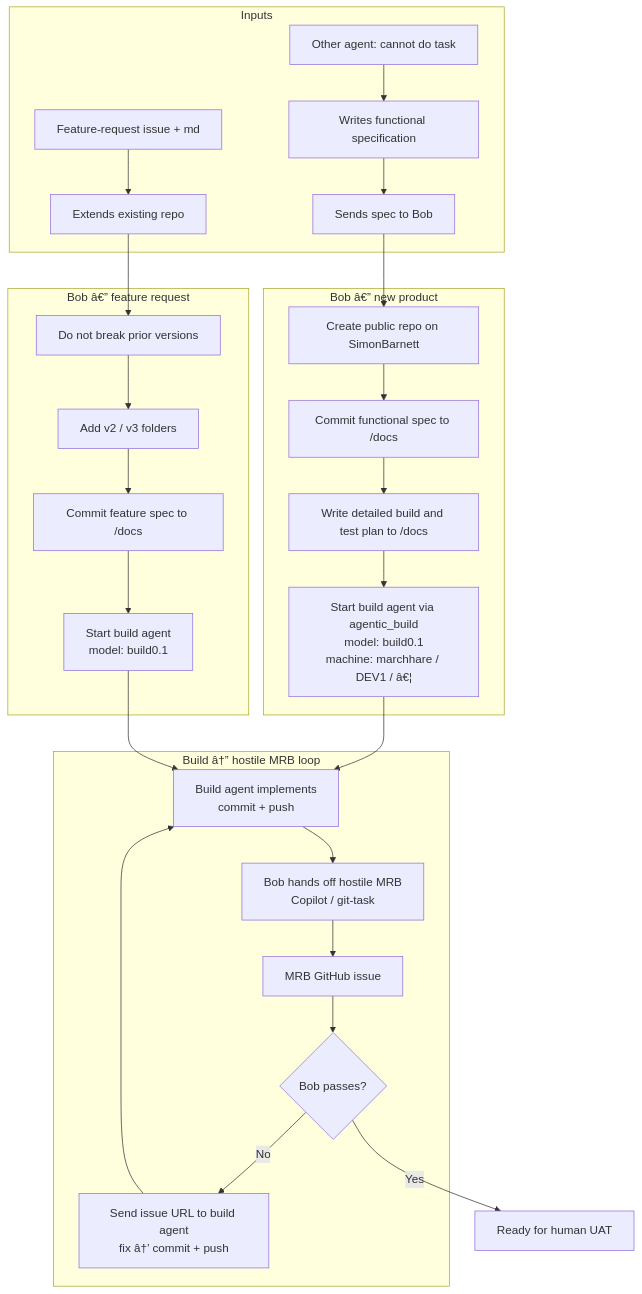
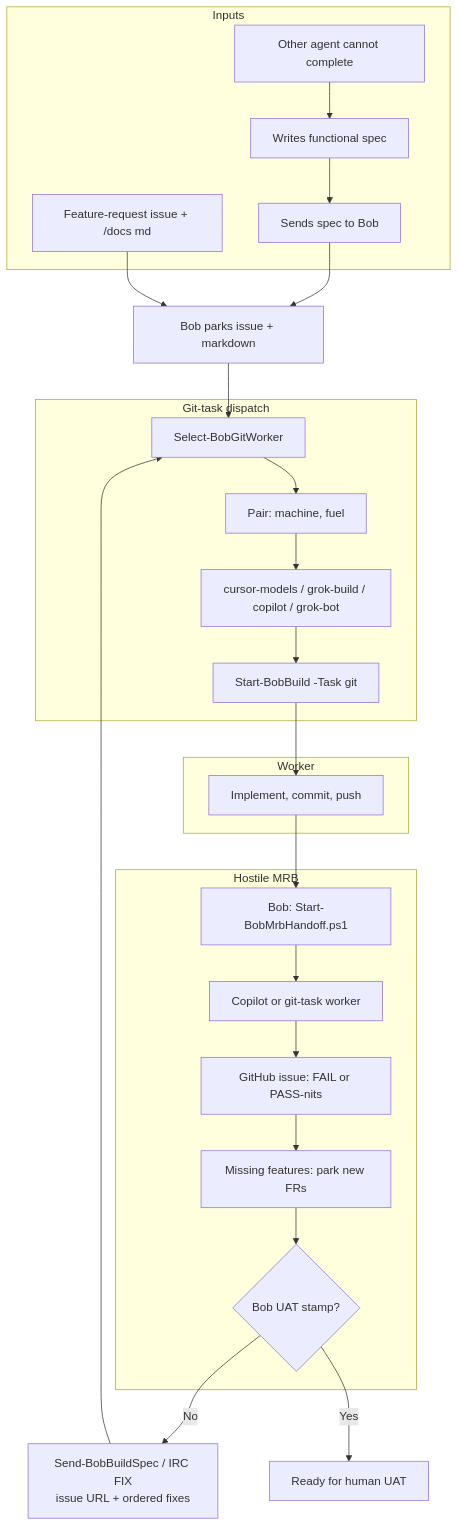
One commit to SimonBarnett/agentic_build changed the diagram in README.md. Above: the diagram before and after it, drawn with Mermaid. The commit also changed other lines of this file, not shown here.

First line of the commit message:
docs: README mermaid and loop match git-task picker and MRB handoff.

````diff
--- a/README.md
+++ b/README.md
@@ -47,44 +48,41 @@
 ```mermaid
 flowchart TB
   subgraph IN["Inputs"]
-    A1["Other agent: cannot do task"]
-    A2["Writes functional specification"]
+    A1["Other agent cannot complete"]
+    A2["Writes functional spec"]
     A3["Sends spec to Bob"]
-    F1["Feature-request issue + md"]
-    F2["Extends existing repo"]
+    F1["Feature-request issue + /docs md"]
   end
 
   A1 --> A2 --> A3
-  F1 --> F2
+  A3 --> PARK
+  F1 --> PARK["Bob parks issue + markdown"]
 
-  subgraph BOB_NEW["Bob â€” new product"]
-    B1["Create public repo on SimonBarnett"]
-    B2["Commit functional spec to /docs"]
-    B3["Write detailed build and test plan to /docs"]
-    B4["Start build agent via agentic_build\nmodel: build0.1\nmachine: marchhare / DEV1 / â€¦"]
+  subgraph DISPATCH["Git-task dispatch"]
+    P1["Select-BobGitWorker"]
+    P2["Pair: machine, fuel"]
+    P3["cursor-models / grok-build / copilot / grok-bot"]
+    P4["Start-BobBuild -Task git"]
   end
 
-  subgraph BOB_FEAT["Bob â€” feature request"]
-    C1["Do not break prior versions"]
-    C2["Add v2 / v3 folders"]
-    C3["Commit feature spec to /docs"]
-    C4["Start build agent\nmodel: build0.1"]
+  PARK --> P1 --> P2 --> P3 --> P4
+
+  subgraph BUILD["Worker"]
+    D1["Implement, commit, push"]
   end
 
-  A3 --> B1 --> B2 --> B3 --> B4
-  F2 --> C1 --> C2 --> C3 --> C4
+  P4 --> D1
 
-  subgraph LOOP["Build â†” hostile MRB loop"]
-    D1["Build agent implements\ncommit + push"]
-    D2["Bob hands off hostile MRB\nCopilot / git-task"]
-    D3["MRB GitHub issue"]
-    D4{"Bob passes?"}
-    D5["Send issue URL to build agent\nfix â†’ commit + push"]
+  subgraph MRB["Hostile MRB"]
+    M1["Bob: Start-BobMrbHandoff.ps1"]
+    M2["Copilot or git-task worker"]
+    M3["GitHub issue: FAIL or PASS-nits"]
+    M4["Missing features: park new FRs"]
+    M5{"Bob UAT stamp?"}
   end
 
-  B4 --> D1
-  C4 --> D1
-  D1 --> D2 --> D3 --> D4
-  D4 -->|No| D5 --> D1
-  D4 -->|Yes| UAT["Ready for human UAT"]
+  D1 --> M1 --> M2 --> M3 --> M4 --> M5
+  M5 -->|No| FIX["Send-BobBuildSpec / IRC FIX\nissue URL + ordered fixes"]
+  FIX --> P1
+  M5 -->|Yes| UAT["Ready for human UAT"]
 ```
````
